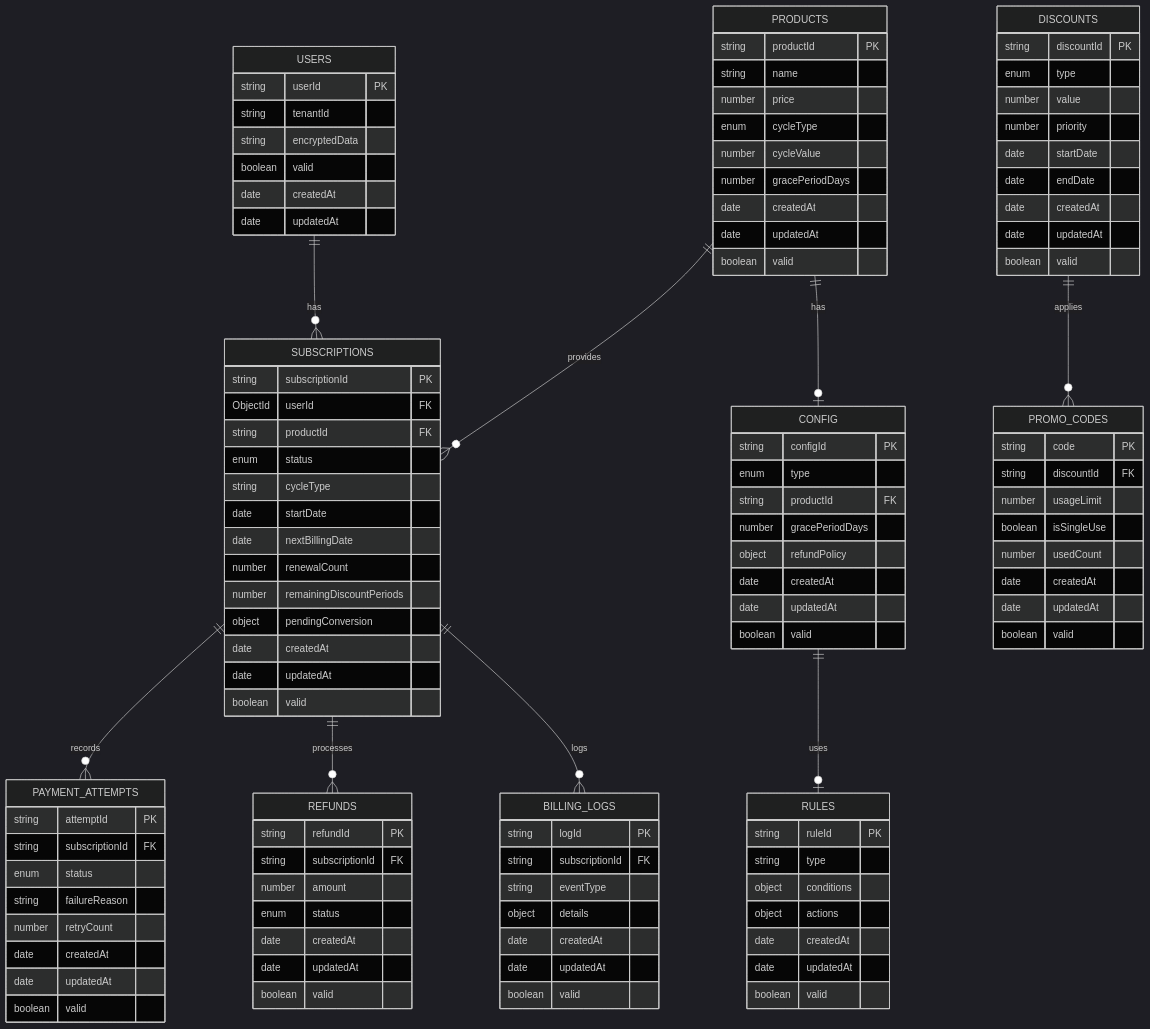
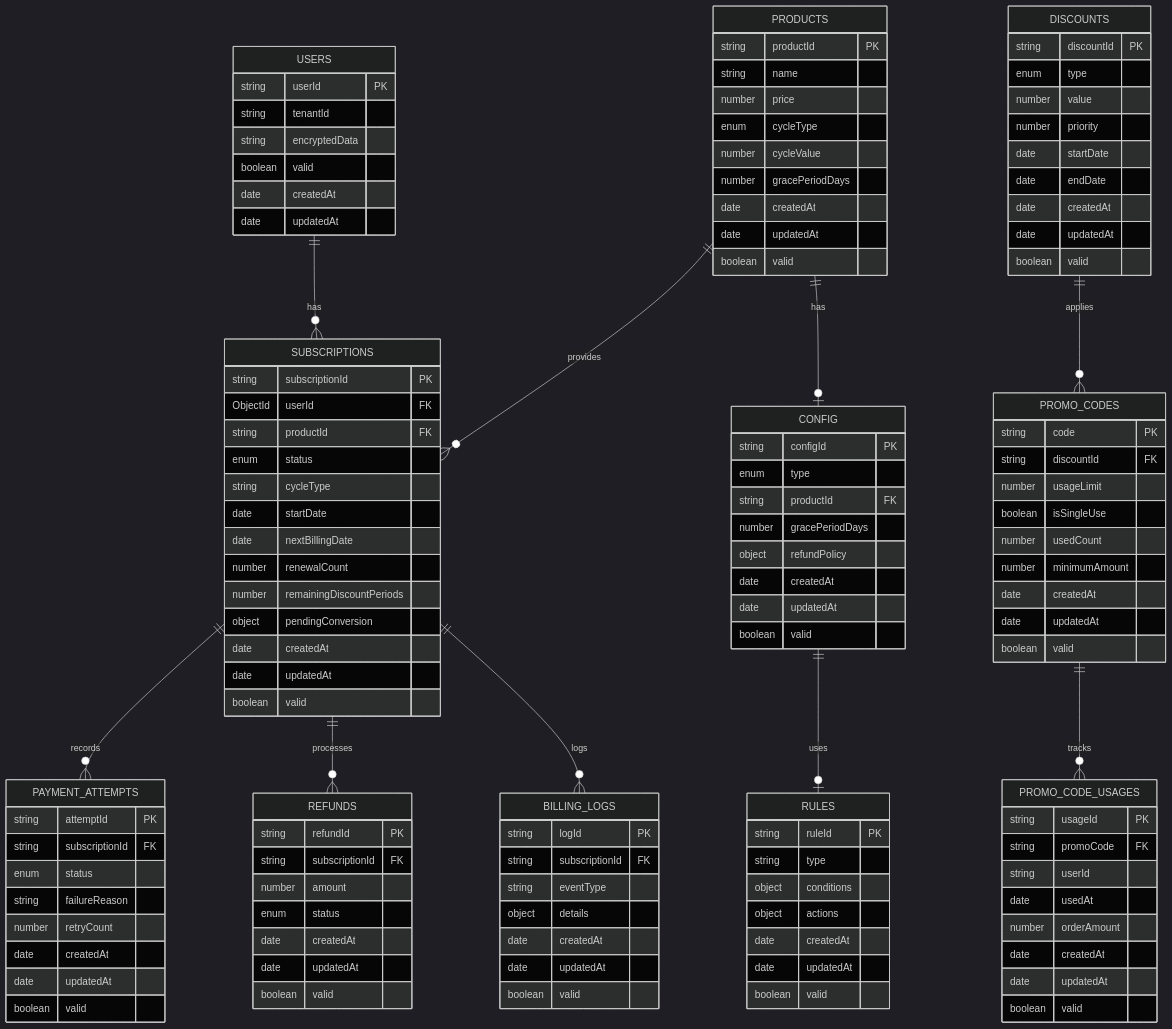
One commit to xxxhand/auto-billing-bot changed the second of 5 diagrams in docs/docs_0_7/billingBot_v0.7.1_system_design.markdown. Above: the diagram before and after it, drawn with Mermaid (dark theme). The commit also changed other lines of this file and 12 other files, not shown here.

```diff
--- a/docs/docs_0_7/billingBot_v0.7.1_system_design.markdown
+++ b/docs/docs_0_7/billingBot_v0.7.1_system_design.markdown
@@ -197,6 +210,7 @@
     USERS ||--o{ SUBSCRIPTIONS : has
     PRODUCTS ||--o{ SUBSCRIPTIONS : provides
     DISCOUNTS ||--o{ PROMO_CODES : applies
+    PROMO_CODES ||--o{ PROMO_CODE_USAGES : tracks
     SUBSCRIPTIONS ||--o{ PAYMENT_ATTEMPTS : records
     SUBSCRIPTIONS ||--o{ REFUNDS : processes
     SUBSCRIPTIONS ||--o{ BILLING_LOGS : logs
@@ -258,6 +272,18 @@
         number usageLimit
         boolean isSingleUse
         number usedCount
+        number minimumAmount
+        date createdAt
+        date updatedAt
+        boolean valid
+    }
+
+    PROMO_CODE_USAGES {
+        string usageId PK
+        string promoCode FK
+        string userId
+        date usedAt
+        number orderAmount
         date createdAt
         date updatedAt
         boolean valid
```
